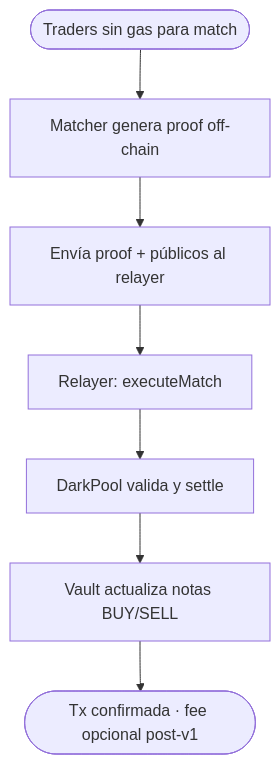
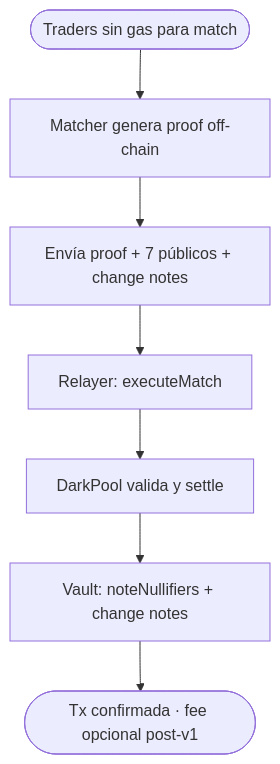
One commit to rastrahm/zk-dark-pool changed the fifth of 5 diagrams in doc/flujograma.md. Above: the diagram before and after it, drawn with Mermaid. The commit also changed other lines of this file and 13 other files, not shown here.

````diff
--- a/doc/flujograma.md
+++ b/doc/flujograma.md
@@ -97,9 +103,9 @@
 ```mermaid
 flowchart TD
     Start([Traders sin gas para match]) --> Build[Matcher genera proof off-chain]
-    Build --> Send[Envía proof + públicos al relayer]
+    Build --> Send[Envía proof + 7 públicos + change notes]
     Send --> Rel[Relayer: executeMatch]
     Rel --> Pool[DarkPool valida y settle]
-    Pool --> V[Vault actualiza notas BUY/SELL]
+    Pool --> V[Vault: noteNullifiers + change notes]
     V --> Done([Tx confirmada · fee opcional post-v1])
 ```
````
